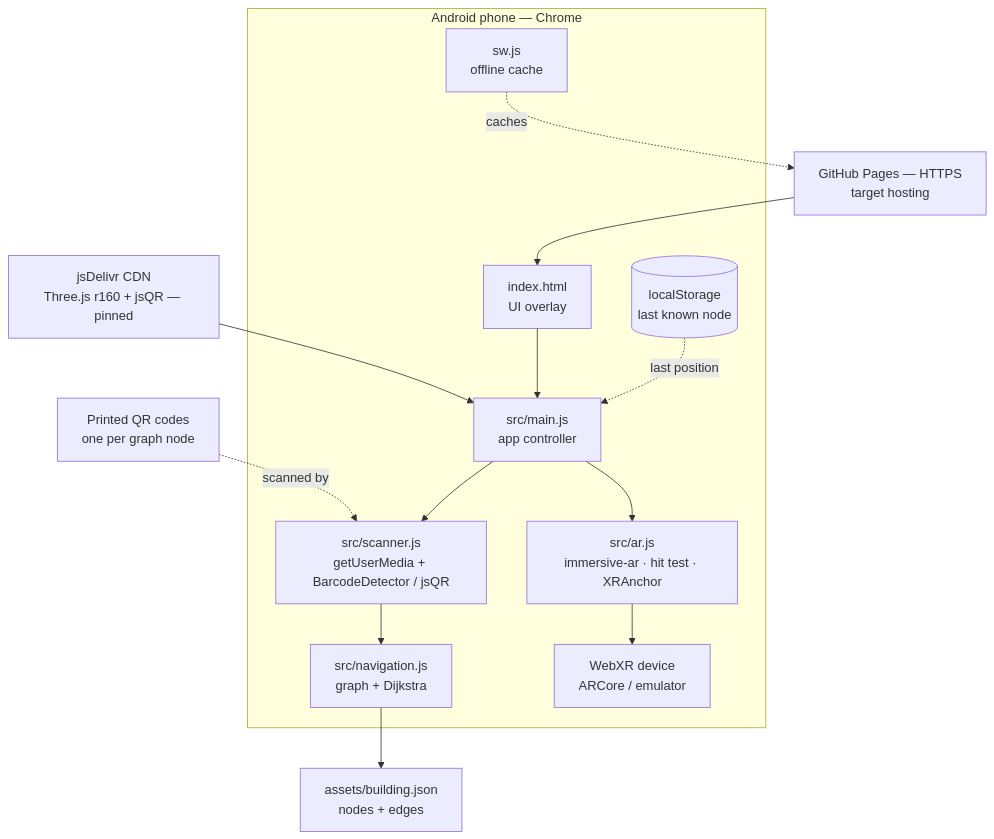
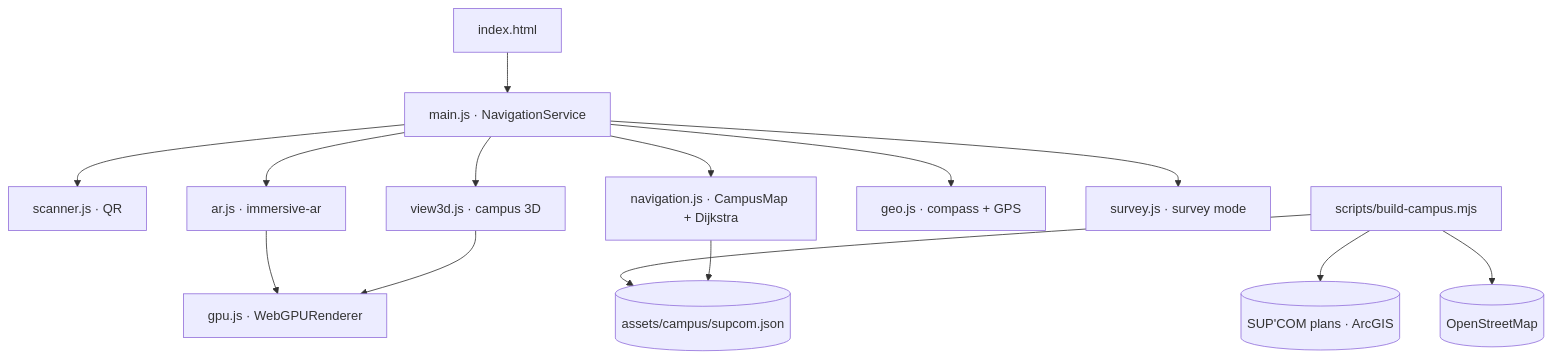
The diagram in README.md (yessinomhiri-cpu/indoor-wayfinder), drawn with Mermaid before and after one commit. The commit also changed other lines of this file and 59 other files, not shown here.

First line of the commit message:
feat: real SUP'COM campus in WebGPU, multi-floor routes, compass, GPS (v3.0.0)

````diff
--- a/README.md
+++ b/README.md
@@ -279,30 +66,16 @@
 ```mermaid
 flowchart TB
-    subgraph Phone["Android phone — Chrome"]
-        UI["index.html<br/>UI overlay"]
-        MAIN["src/main.js<br/>app controller"]
-        SCAN["src/scanner.js<br/>getUserMedia + BarcodeDetector / jsQR"]
-        NAV["src/navigation.js<br/>graph + Dijkstra"]
-        AR["src/ar.js<br/>immersive-ar · hit test · XRAnchor"]
-        XR["WebXR device<br/>ARCore / emulator"]
-        SW["sw.js<br/>offline cache"]
-        LS[("localStorage<br/>last known node")]
-    end
-
-    CDN["jsDelivr CDN<br/>Three.js r160 + jsQR — pinned"]
-    HOST["GitHub Pages — HTTPS<br/>target hosting"]
-    DATA["assets/building.json<br/>nodes + edges"]
-    QR["Printed QR codes<br/>one per graph node"]
-
-    QR -. scanned by .-> SCAN
-    HOST --> UI
-    CDN --> MAIN
-    UI --> MAIN
-    MAIN --> SCAN
-    SCAN --> NAV
-    NAV --> DATA
-    MAIN --> AR
-    AR --> XR
-    SW -. caches .-> HOST
-    LS -. last position .-> MAIN
+    UI[index.html] --> MAIN[main.js · NavigationService]
+    MAIN --> SCAN[scanner.js · QR]
+    MAIN --> NAV[navigation.js · CampusMap + Dijkstra]
+    MAIN --> VIEW[view3d.js · campus 3D]
+    MAIN --> AR[ar.js · immersive-ar]
+    MAIN --> GEO[geo.js · compass + GPS]
+    MAIN --> SURVEY[survey.js · survey mode]
+    VIEW --> GPU[gpu.js · WebGPURenderer]
+    AR --> GPU
+    NAV --> DATA[(assets/campus/supcom.json)]
+    BUILD[scripts/build-campus.mjs] --> DATA
+    BUILD --> ARCGIS[(SUP'COM plans · ArcGIS)]
+    BUILD --> OSM[(OpenStreetMap)]
 ```
````
